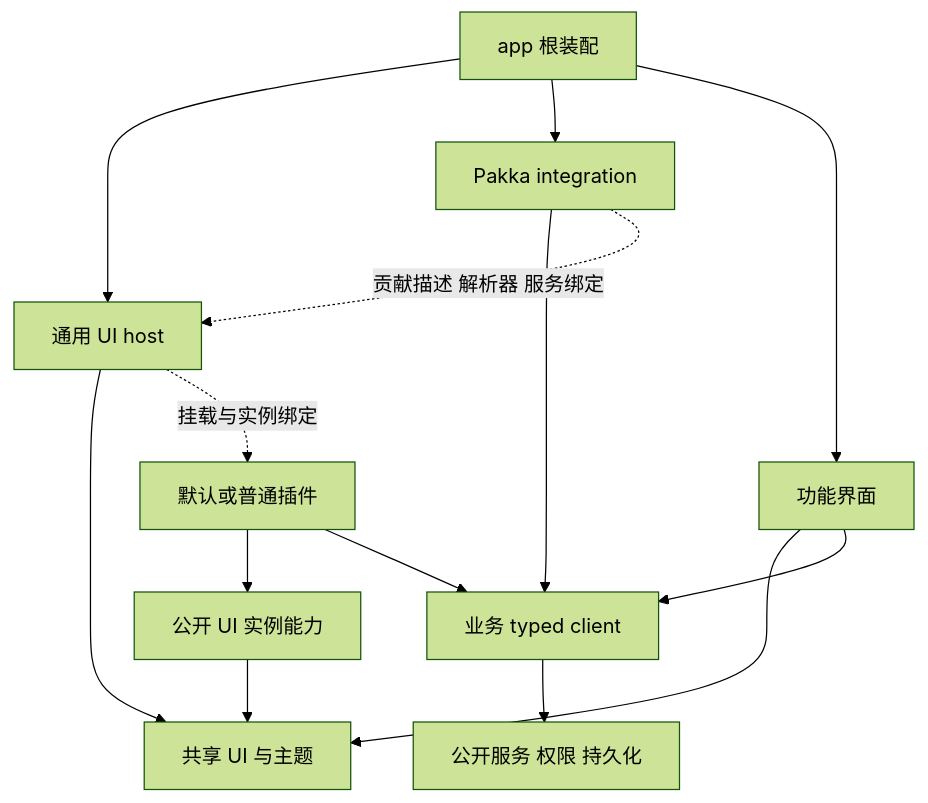
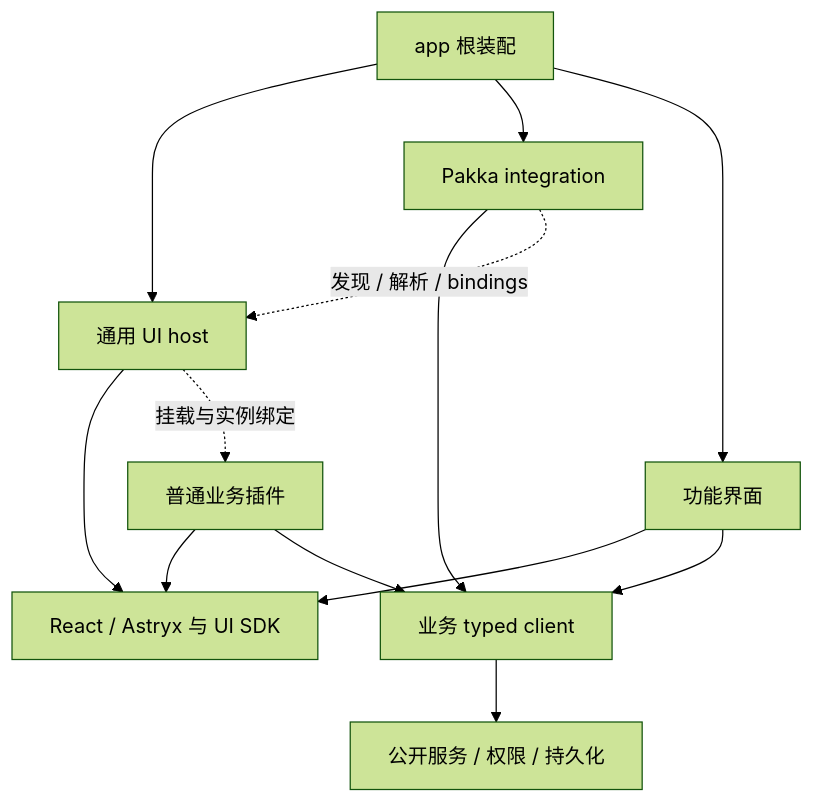
One commit to mapleluvr/pakka changed the diagram in docs/development/WEBUI-ARCHITECTURE.md. Above: the diagram before and after it, drawn with Mermaid (forest theme). The commit also changed other lines of this file and 184 other files, not shown here.

````diff
--- a/docs/development/WEBUI-ARCHITECTURE.md
+++ b/docs/development/WEBUI-ARCHITECTURE.md
@@ -87,16 +29,15 @@
 ```mermaid
 flowchart TD
   App[app 根装配] --> Host[通用 UI host]
   App --> Integration[Pakka integration]
   App --> Feature[功能界面]
-  Host --> UI[共享 UI 与主题]
+  Host --> UI[React / Astryx 与 UI SDK]
   Feature --> UI
   Feature --> Client[业务 typed client]
   Integration --> Client
-  Client --> Service[公开服务 权限 持久化]
-  Plugin[默认或普通插件] --> SDK[公开 UI 实例能力]
+  Client --> Service[公开服务 / 权限 / 持久化]
+  Plugin[普通业务插件] --> UI
   Plugin --> Client
-  SDK --> UI
   Host -. 挂载与实例绑定 .-> Plugin
-  Integration -. 贡献描述 解析器 服务绑定 .-> Host
+  Integration -. 发现 / 解析 / bindings .-> Host
 ```
````
